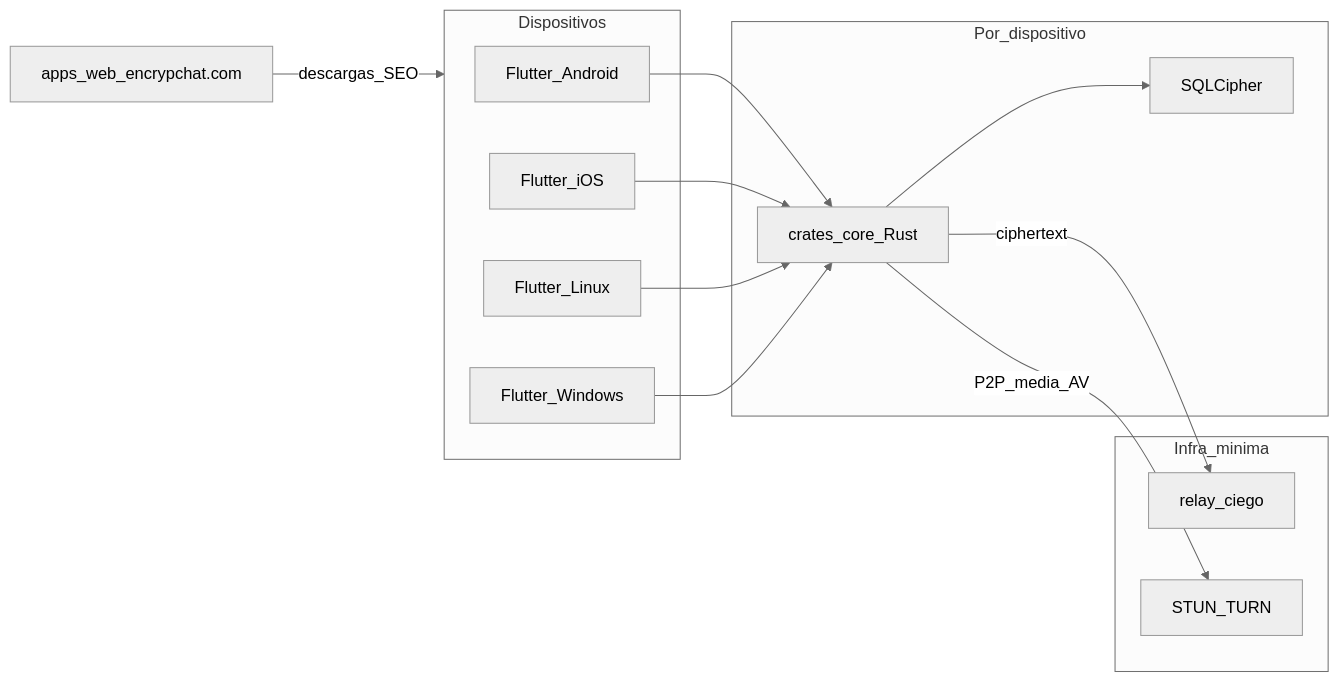
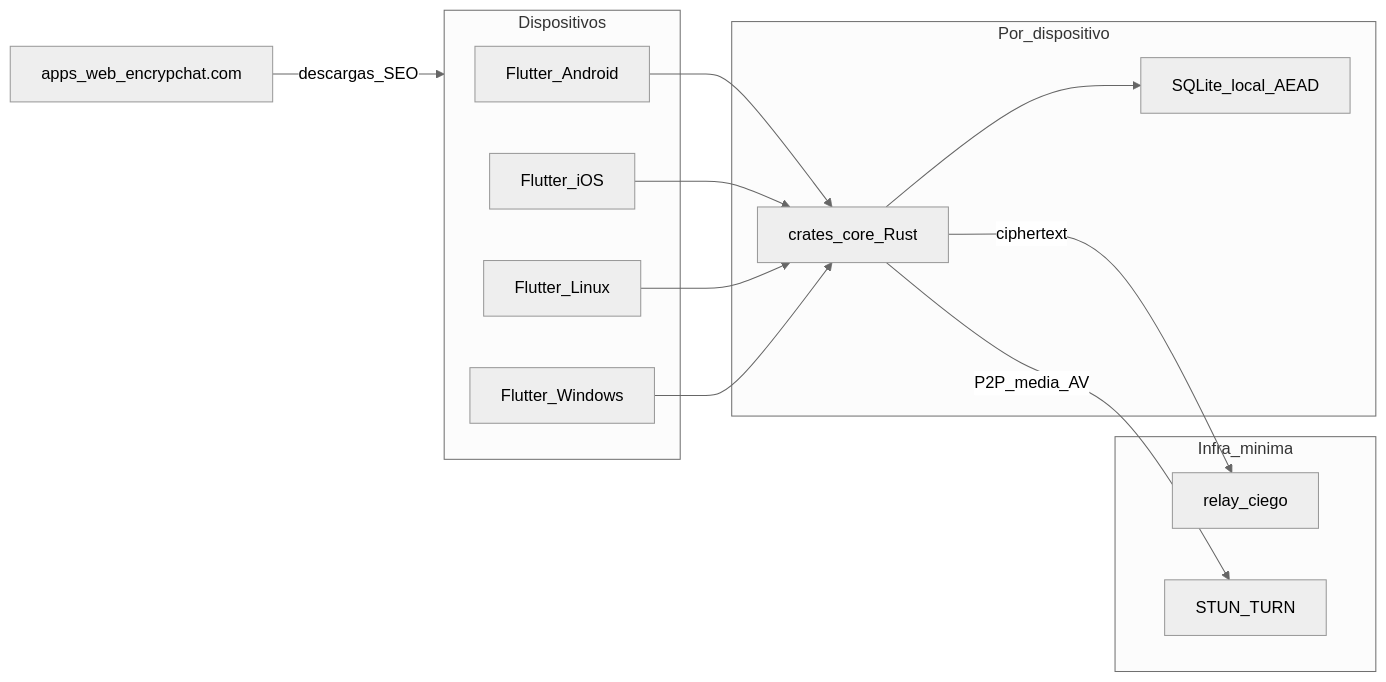
The first of 2 diagrams in docs/roadmap.md (fabioherrera/encrypchat), drawn with Mermaid (neutral theme) before and after one commit. The commit also changed other lines of this file and 27 other files, not shown here.

````diff
--- a/docs/roadmap.md
+++ b/docs/roadmap.md
@@ -35,26 +35,26 @@
 ```mermaid
 flowchart LR
   subgraph devices [Dispositivos]
     A[Flutter_Android]
     B[Flutter_iOS]
     C[Flutter_Linux]
     D[Flutter_Windows]
   end
   subgraph local [Por_dispositivo]
     Core[crates_core_Rust]
-    DB[SQLCipher]
+    DB[SQLite_local_AEAD]
   end
   subgraph edge [Infra_minima]
     Relay[relay_ciego]
     Stun[STUN_TURN]
   end
   Web[apps_web_encrypchat.com]
   A --> Core
   B --> Core
   C --> Core
   D --> Core
   Core --> DB
   Core -->|"ciphertext"| Relay
   Core -->|"P2P_media_AV"| Stun
   Web -->|"descargas_SEO"| devices
 ```
````
